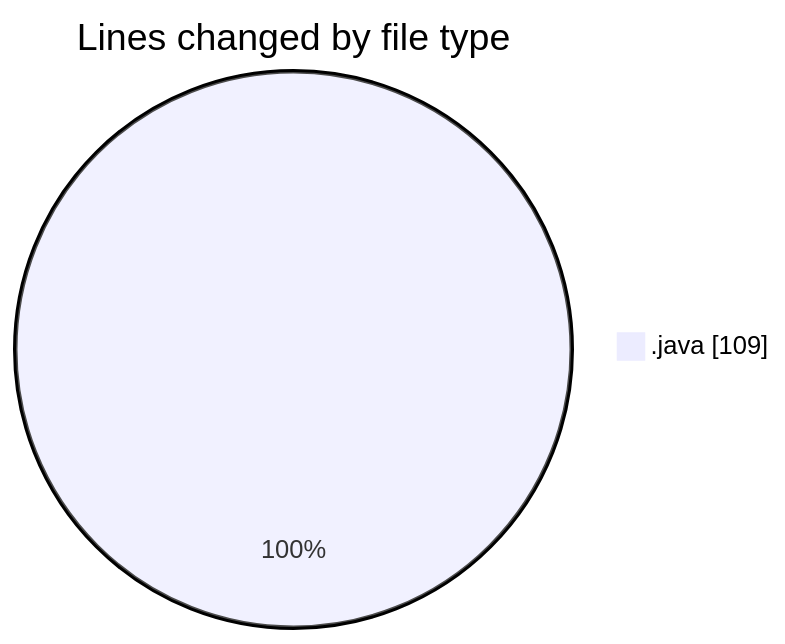
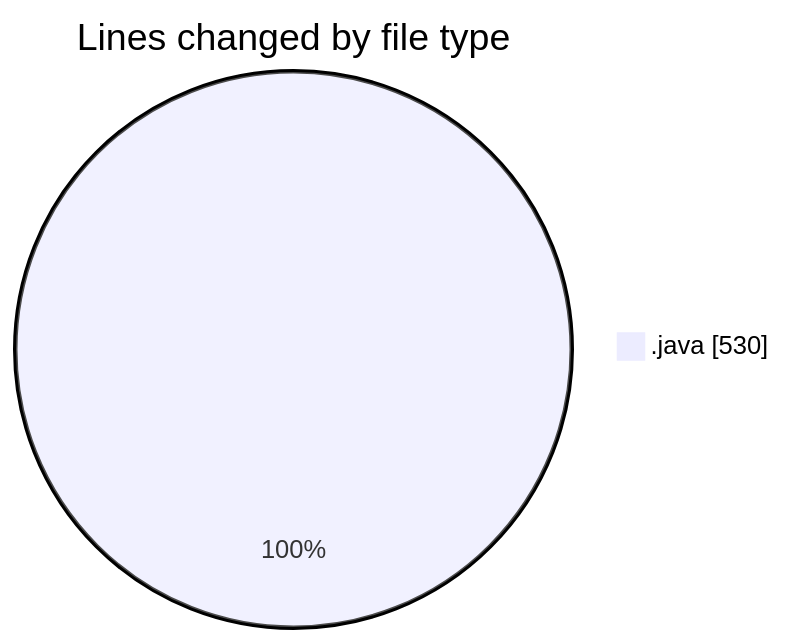
The first of 2 diagrams in 2025-04-03/projet_de_base/README.md (CELIANVF/code-tracking), drawn with Mermaid before and after one commit. The commit also changed other lines of this file and 1 other file, not shown here.

````diff
--- a/2025-04-03/projet_de_base/README.md
+++ b/2025-04-03/projet_de_base/README.md
@@ -21,5 +25,5 @@
 ```mermaid
 pie showData
 title Lines changed by file type
-".java" : 109
+".java" : 530
 ```
````
